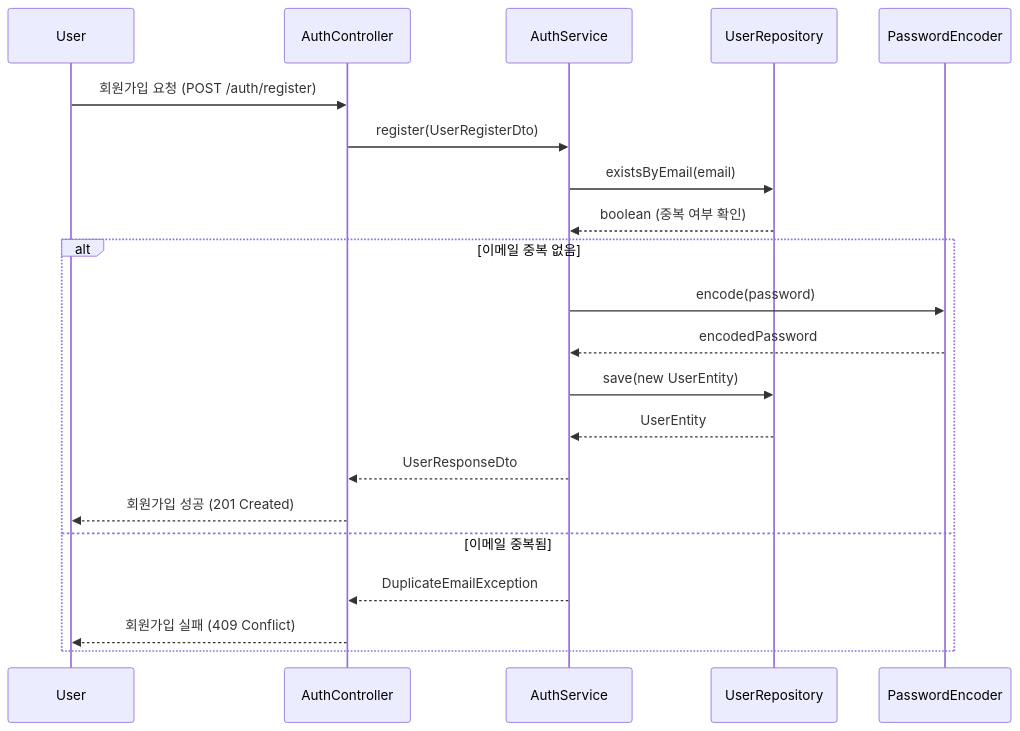
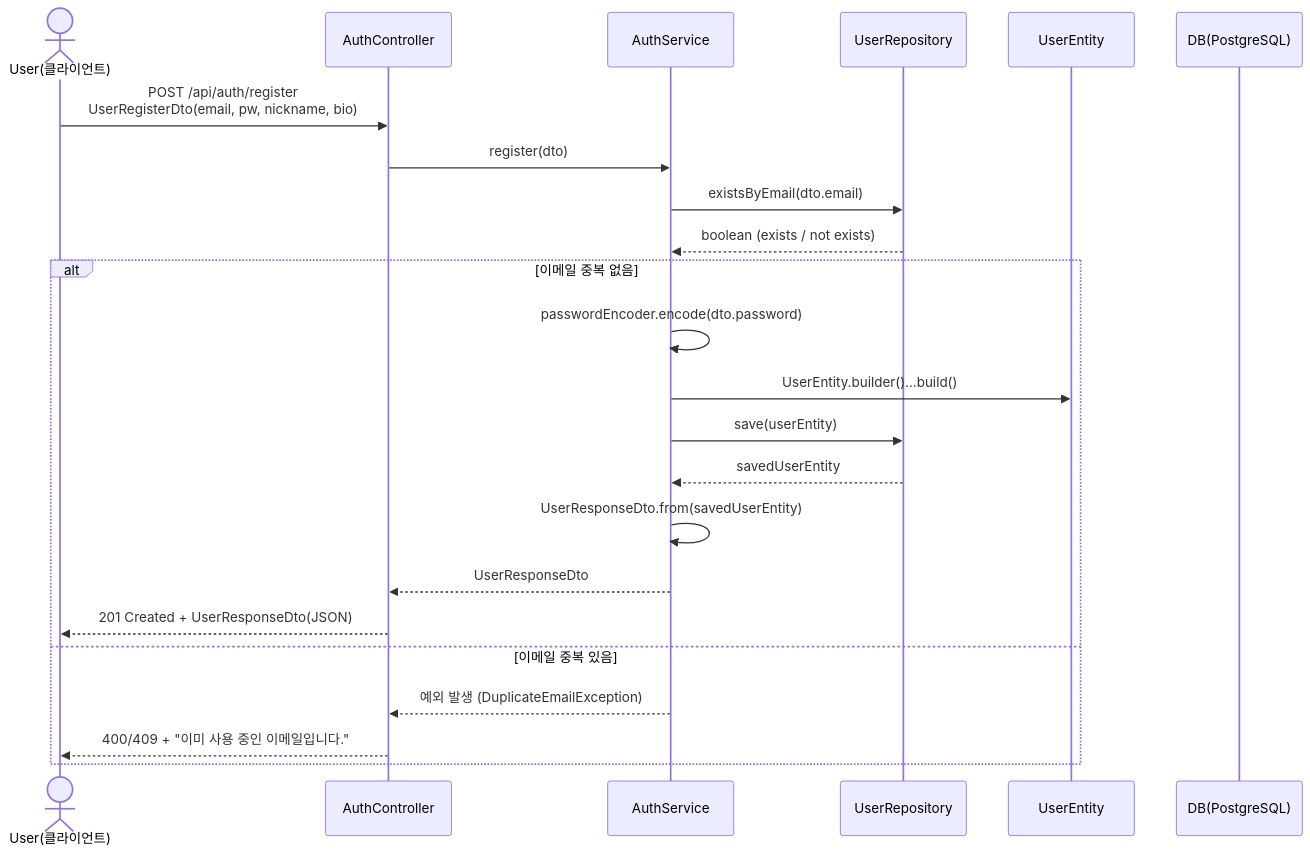
The second of 44 diagrams in SDS_[깃라잡이].md (OHWCH/se_dev), drawn with Mermaid before and after one commit. The commit also changed other lines of this file, not shown here.

````diff
--- a/SDS_[깃라잡이].md
+++ b/SDS_[깃라잡이].md
@@ -4840,26 +4840,30 @@
 ```mermaid
 sequenceDiagram
-    participant User
-    participant AuthController
-    participant AuthService
-    participant UserRepository
-    participant PasswordEncoder
+    actor U as User(클라이언트)
+    participant AC as AuthController
+    participant AS as AuthService
+    participant UR as UserRepository
+    participant UE as UserEntity
+    participant DB as DB(PostgreSQL)
 
-    User->>AuthController: 회원가입 요청 (POST /auth/register)
-    AuthController->>AuthService: register(UserRegisterDto)
+    U->>AC: POST /api/auth/register<br/>UserRegisterDto(email, pw, nickname, bio)
+    AC->>AS: register(dto)
 
-    AuthService->>UserRepository: existsByEmail(email)
-    UserRepository-->>AuthService: boolean (중복 여부 확인)
+    AS->>UR: existsByEmail(dto.email)
+    UR-->>AS: boolean (exists / not exists)
 
     alt 이메일 중복 없음
-        AuthService->>PasswordEncoder: encode(password)
-        PasswordEncoder-->>AuthService: encodedPassword
-        AuthService->>UserRepository: save(new UserEntity)
-        UserRepository-->>AuthService: UserEntity
-        AuthService-->>AuthController: UserResponseDto
-        AuthController-->>User: 회원가입 성공 (201 Created)
-    else 이메일 중복됨
-        AuthService-->>AuthController: DuplicateEmailException
-        AuthController-->>User: 회원가입 실패 (409 Conflict)
+        AS->>AS: passwordEncoder.encode(dto.password)
+        AS->>UE: UserEntity.builder()...build()
+        AS->>UR: save(userEntity)
+        UR-->>AS: savedUserEntity
+
+        AS->>AS: UserResponseDto.from(savedUserEntity)
+        AS-->>AC: UserResponseDto
+        AC-->>U: 201 Created + UserResponseDto(JSON)
+    else 이메일 중복 있음
+        AS-->>AC: 예외 발생 (DuplicateEmailException)
+        AC-->>U: 400/409 + "이미 사용 중인 이메일입니다."
     end
+
 ```
````
